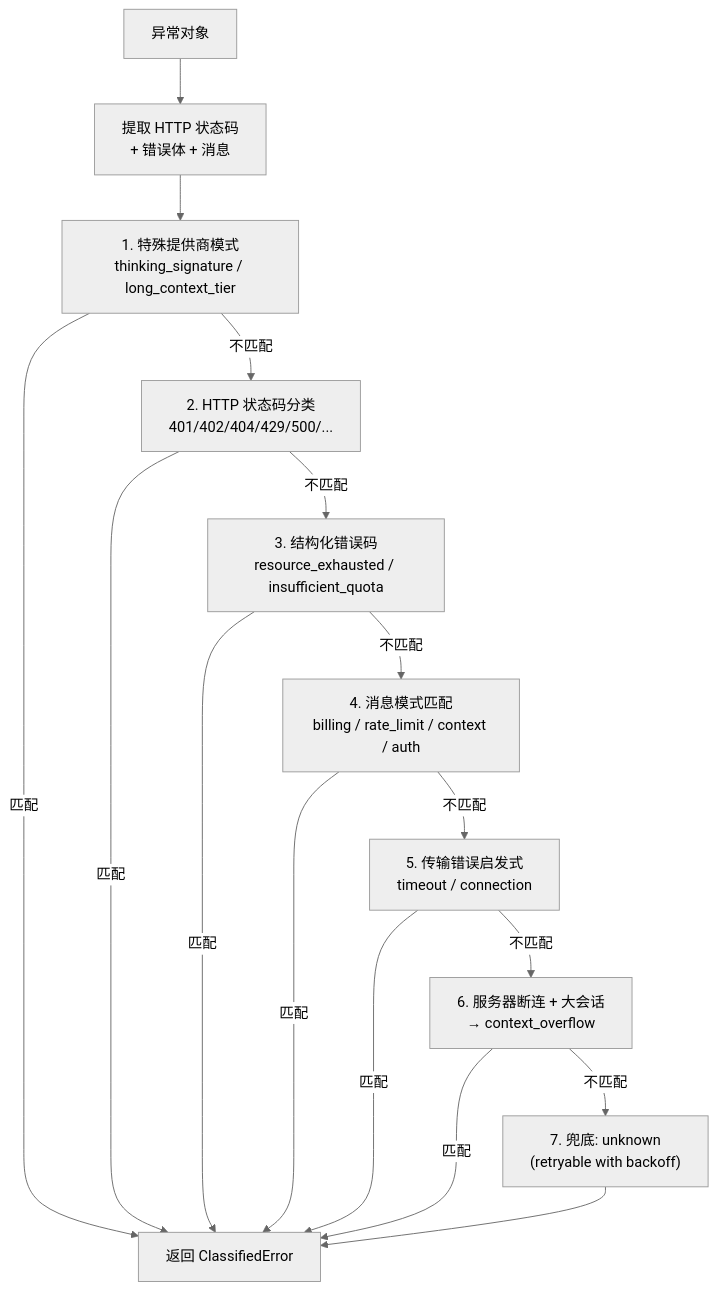
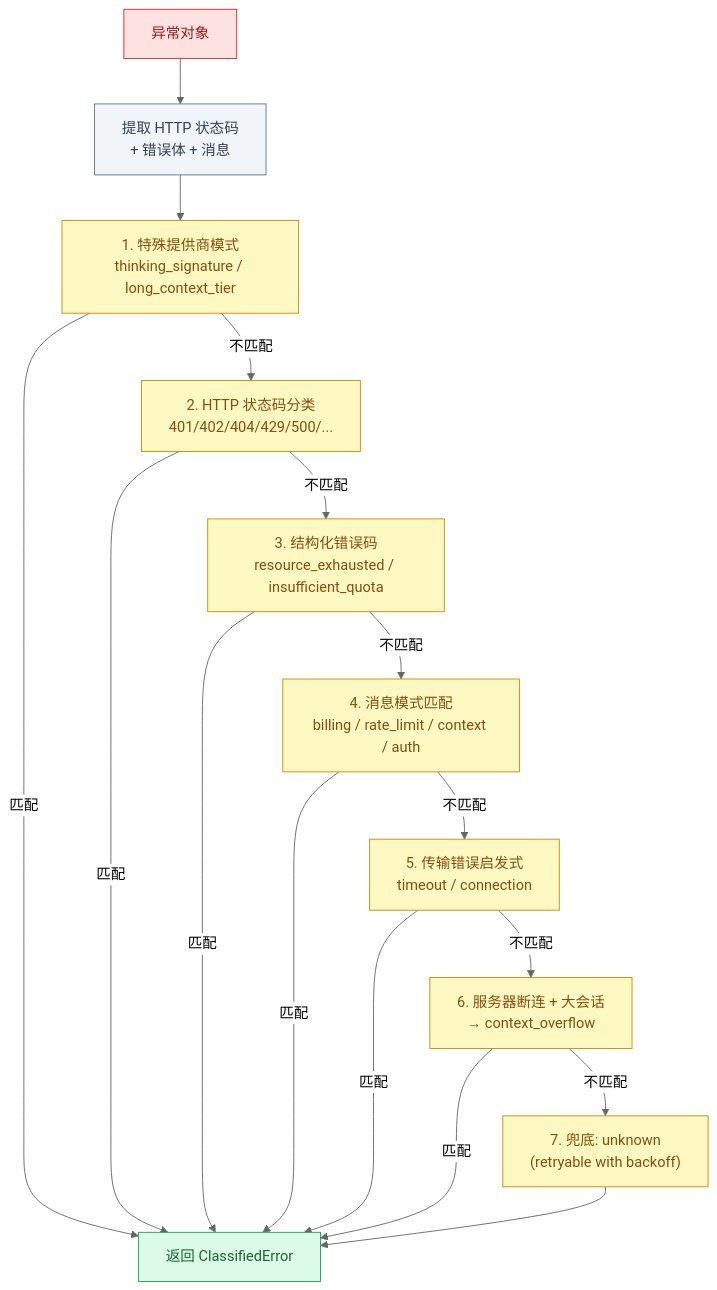
One commit to pty819/hermes-docs changed the fourth of 7 diagrams in chapters/agent-loop.rst. Above: the diagram before and after it, drawn with Mermaid (neutral theme). The commit also changed other lines of this file and 27 other files, not shown here.

```diff
--- a/chapters/agent-loop.rst
+++ b/chapters/agent-loop.rst
@@ -618,23 +610,34 @@
 .. mermaid::
+   :name: error-classification-pipeline
+   :caption: 错误分类管道
 
-   graph TD
+   flowchart TD
        ERR["异常对象"] --> EX["提取 HTTP 状态码<br/>+ 错误体 + 消息"]
-   
+
        EX --> P1["1. 特殊提供商模式<br/>thinking_signature / long_context_tier"]
        P1 -->|匹配| RESULT["返回 ClassifiedError"]
        P1 -->|不匹配| P2["2. HTTP 状态码分类<br/>401/402/404/429/500/..."]
-   
+
        P2 -->|匹配| RESULT
        P2 -->|不匹配| P3["3. 结构化错误码<br/>resource_exhausted / insufficient_quota"]
-   
+
        P3 -->|匹配| RESULT
        P3 -->|不匹配| P4["4. 消息模式匹配<br/>billing / rate_limit / context / auth"]
-   
+
        P4 -->|匹配| RESULT
        P4 -->|不匹配| P5["5. 传输错误启发式<br/>timeout / connection"]
-   
+
        P5 -->|匹配| RESULT
        P5 -->|不匹配| P6["6. 服务器断连 + 大会话<br/>→ context_overflow"]
        P6 -->|匹配| RESULT
        P6 -->|不匹配| P7["7. 兜底: unknown<br/>(retryable with backoff)"]
        P7 --> RESULT
+
+       classDef fail fill:#fee2e2,stroke:#dc2626,color:#991b1b
+       classDef warn fill:#fef9c3,stroke:#ca8a04,color:#854d0e
+       classDef success fill:#dcfce7,stroke:#16a34a,color:#166534
+       classDef info fill:#f1f5f9,stroke:#64748b,color:#334155
+       class ERR fail
+       class EX info
+       class P1,P2,P3,P4,P5,P6,P7 warn
+       class RESULT success
```
